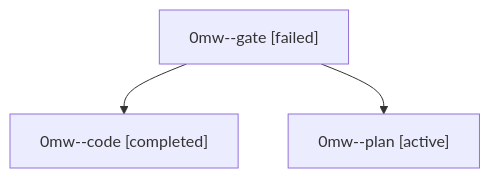
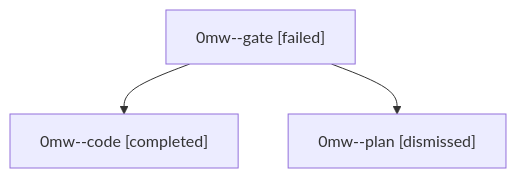
One commit to sase-org/sase--agents changed the diagram in sessions/bbugyi200.athena.0mw.md. Above: the diagram before and after it, drawn with Mermaid. The commit also changed other lines of this file and 30 other files, not shown here.

````diff
--- a/sessions/bbugyi200.athena.0mw.md
+++ b/sessions/bbugyi200.athena.0mw.md
@@ -9,8 +9,8 @@
 ```mermaid
 flowchart TD
   n0["0mw--gate [failed]"]
   n1["0mw--code [completed]"]
   n0 --> n1
-  n2["0mw--plan [active]"]
+  n2["0mw--plan [dismissed]"]
   n0 --> n2
 ```
````
